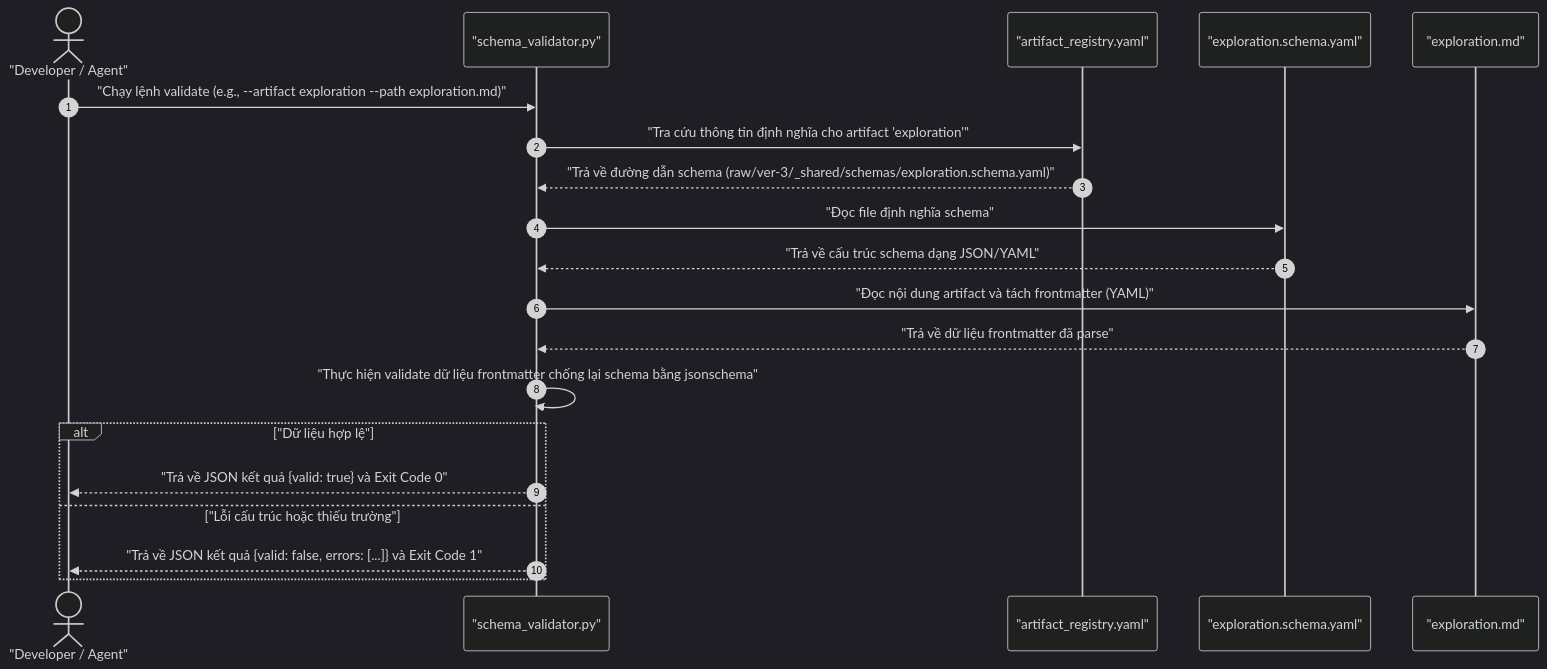
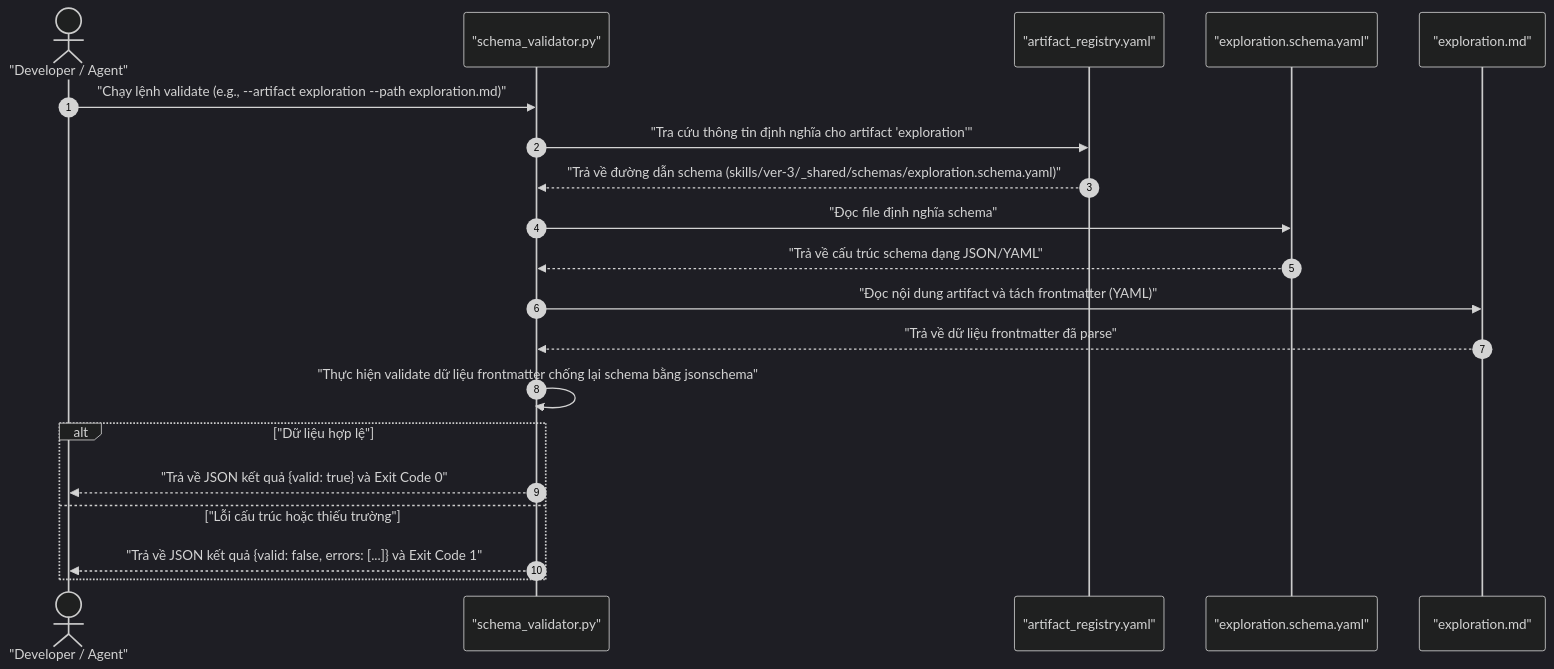
The first of 3 diagrams in docs/context-to-work/next-phase-analysis/analysis-report.md (vuthuonghai-steve/WASHVN), drawn with Mermaid (dark theme) before and after one commit. The commit also changed other lines of this file and 104 other files, not shown here.

````diff
--- a/docs/context-to-work/next-phase-analysis/analysis-report.md
+++ b/docs/context-to-work/next-phase-analysis/analysis-report.md
@@ -38,23 +38,23 @@
 ```mermaid
 sequenceDiagram
     autonumber
     actor Dev as "Developer / Agent"
     participant CLI as "schema_validator.py"
     participant Reg as "artifact_registry.yaml"
     participant Sch as "exploration.schema.yaml"
     participant Art as "exploration.md"
 
     Dev->>CLI: "Chạy lệnh validate (e.g., --artifact exploration --path exploration.md)"
     CLI->>Reg: "Tra cứu thông tin định nghĩa cho artifact 'exploration'"
-    Reg-->>CLI: "Trả về đường dẫn schema (raw/ver-3/_shared/schemas/exploration.schema.yaml)"
+    Reg-->>CLI: "Trả về đường dẫn schema (skills/ver-3/_shared/schemas/exploration.schema.yaml)"
     CLI->>Sch: "Đọc file định nghĩa schema"
     Sch-->>CLI: "Trả về cấu trúc schema dạng JSON/YAML"
     CLI->>Art: "Đọc nội dung artifact và tách frontmatter (YAML)"
     Art-->>CLI: "Trả về dữ liệu frontmatter đã parse"
     CLI->>CLI: "Thực hiện validate dữ liệu frontmatter chống lại schema bằng jsonschema"
     alt "Dữ liệu hợp lệ"
         CLI-->>Dev: "Trả về JSON kết quả {valid: true} và Exit Code 0"
     else "Lỗi cấu trúc hoặc thiếu trường"
         CLI-->>Dev: "Trả về JSON kết quả {valid: false, errors: [...]} và Exit Code 1"
     end
 ```
````
